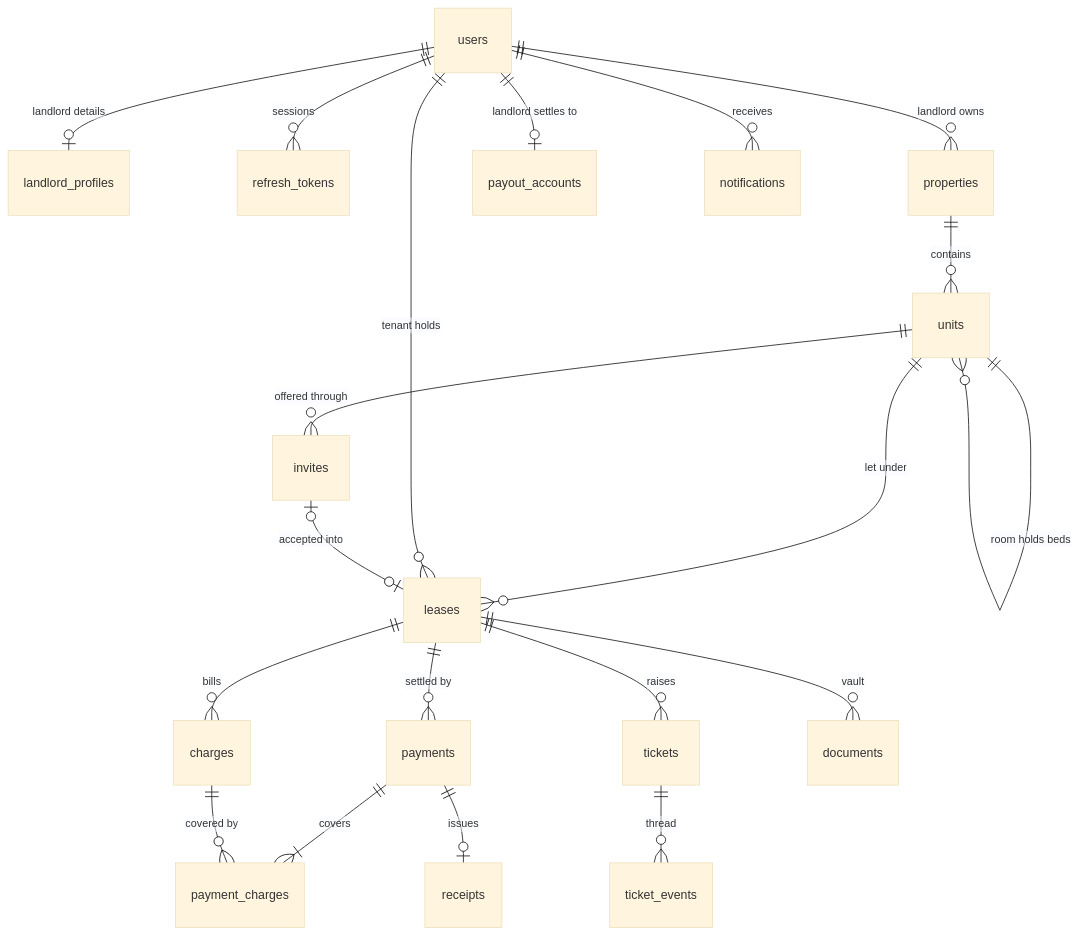
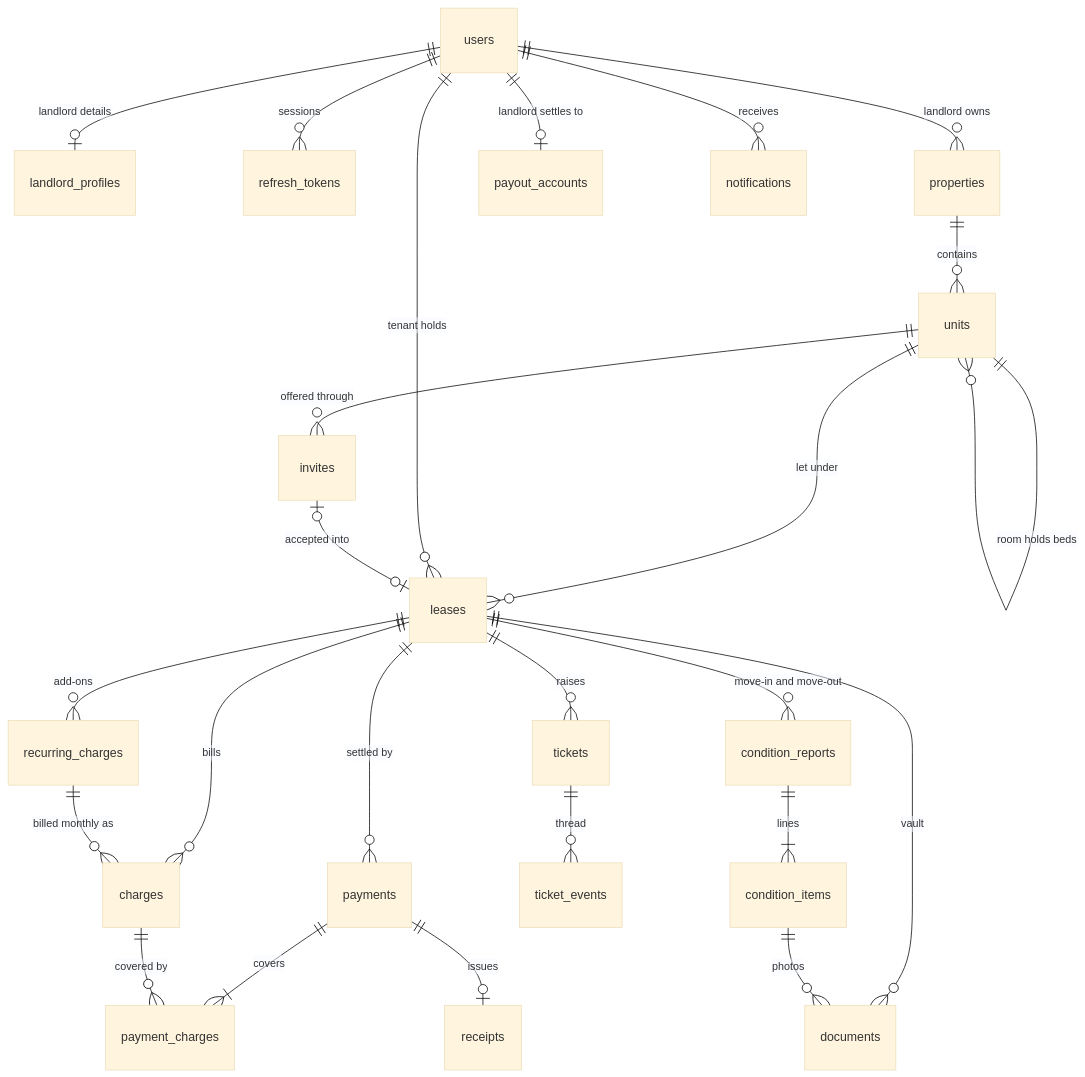
The diagram in docs/architecture.md (Tushar-Surti/rentbook), drawn with Mermaid (base theme) before and after one commit. The commit also changed other lines of this file and 57 other files, not shown here.

Commit message:
add flatmates, monthly add-ons and move-in/move-out condition reports

````diff
--- a/docs/architecture.md
+++ b/docs/architecture.md
@@ -47,22 +47,27 @@
 ```mermaid
 erDiagram
   users ||--o| landlord_profiles : "landlord details"
   users ||--o{ refresh_tokens : "sessions"
   users ||--o{ properties : "landlord owns"
   properties ||--o{ units : "contains"
   units ||--o{ units : "room holds beds"
   units ||--o{ invites : "offered through"
   units ||--o{ leases : "let under"
   users ||--o{ leases : "tenant holds"
   invites |o--o| leases : "accepted into"
   leases ||--o{ charges : "bills"
   leases ||--o{ payments : "settled by"
   payments ||--|{ payment_charges : "covers"
   charges ||--o{ payment_charges : "covered by"
   payments ||--o| receipts : "issues"
   users ||--o| payout_accounts : "landlord settles to"
   leases ||--o{ tickets : "raises"
   tickets ||--o{ ticket_events : "thread"
   leases ||--o{ documents : "vault"
+  leases ||--o{ recurring_charges : "add-ons"
+  recurring_charges ||--o{ charges : "billed monthly as"
+  leases ||--o{ condition_reports : "move-in and move-out"
+  condition_reports ||--|{ condition_items : "lines"
+  condition_items ||--o{ documents : "photos"
   users ||--o{ notifications : "receives"
 ```
````
